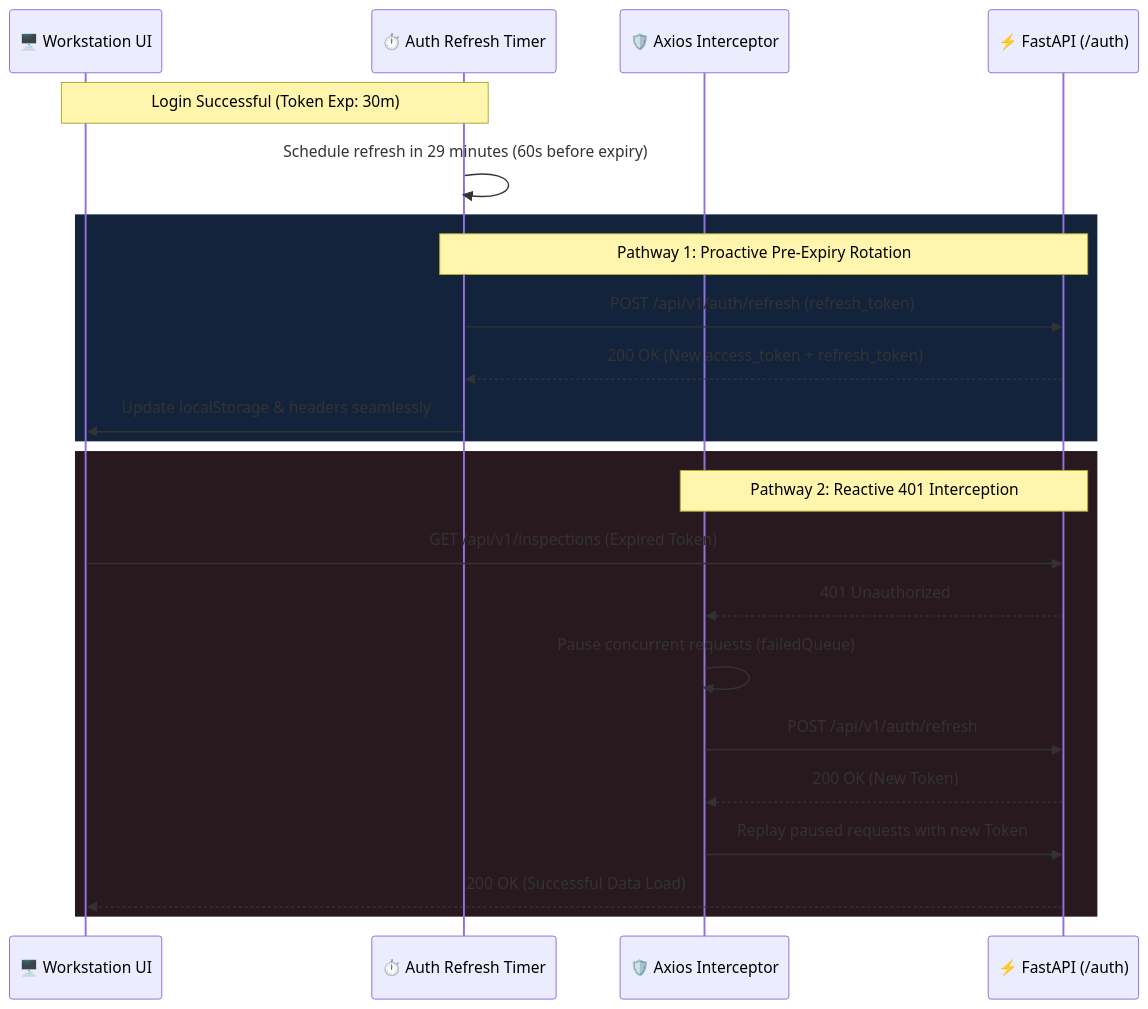
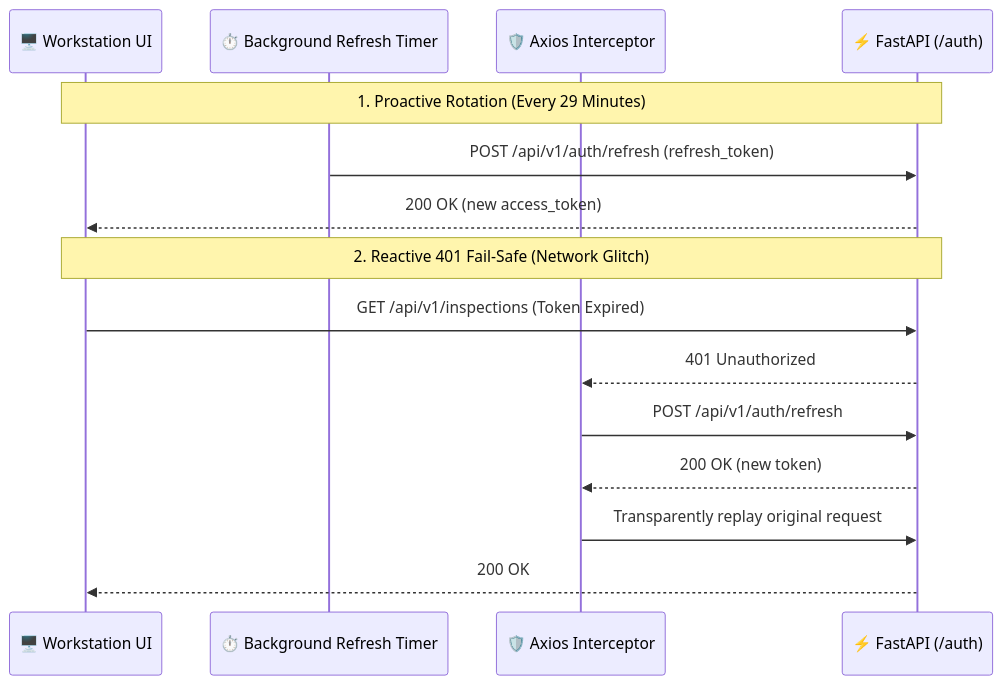
The third of 3 diagrams in docs/FRONTEND.md (Disha-1610/VisionForge), drawn with Mermaid before and after one commit. The commit also changed other lines of this file and 13 other files, not shown here.

````diff
--- a/docs/FRONTEND.md
+++ b/docs/FRONTEND.md
@@ -136,28 +202,19 @@
 ```mermaid
 sequenceDiagram
     participant UI as 🖥️ Workstation UI
-    participant Timer as ⏱️ Auth Refresh Timer
+    participant Timer as ⏱️ Background Refresh Timer
     participant Interceptor as 🛡️ Axios Interceptor
     participant Backend as ⚡ FastAPI (/auth)
 
-    Note over UI,Timer: Login Successful (Token Exp: 30m)
-    Timer->>Timer: Schedule refresh in 29 minutes (60s before expiry)
-    
-    rect rgb(20, 35, 60)
-        Note over Timer,Backend: Pathway 1: Proactive Pre-Expiry Rotation
-        Timer->>Backend: POST /api/v1/auth/refresh (refresh_token)
-        Backend-->>Timer: 200 OK (New access_token + refresh_token)
-        Timer->>UI: Update localStorage & headers seamlessly
-    end
+    Note over UI,Backend: 1. Proactive Rotation (Every 29 Minutes)
+    Timer->>Backend: POST /api/v1/auth/refresh (refresh_token)
+    Backend-->>UI: 200 OK (new access_token)
 
-    rect rgb(40, 25, 30)
-        Note over Interceptor,Backend: Pathway 2: Reactive 401 Interception
-        UI->>Backend: GET /api/v1/inspections (Expired Token)
-        Backend-->>Interceptor: 401 Unauthorized
-        Interceptor->>Interceptor: Pause concurrent requests (failedQueue)
-        Interceptor->>Backend: POST /api/v1/auth/refresh
-        Backend-->>Interceptor: 200 OK (New Token)
-        Interceptor->>Backend: Replay paused requests with new Token
-        Backend-->>UI: 200 OK (Successful Data Load)
-    end
+    Note over UI,Backend: 2. Reactive 401 Fail-Safe (Network Glitch)
+    UI->>Backend: GET /api/v1/inspections (Token Expired)
+    Backend-->>Interceptor: 401 Unauthorized
+    Interceptor->>Backend: POST /api/v1/auth/refresh
+    Backend-->>Interceptor: 200 OK (new token)
+    Interceptor->>Backend: Transparently replay original request
+    Backend-->>UI: 200 OK
 ```
````
